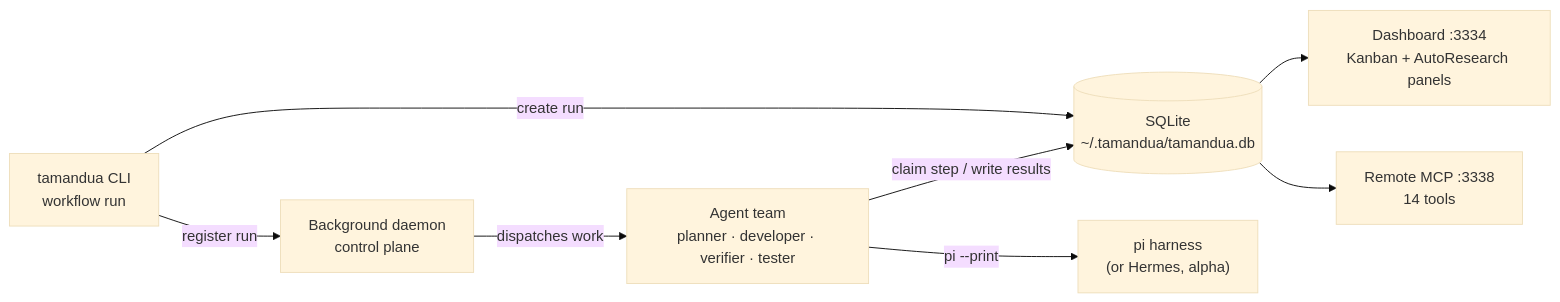
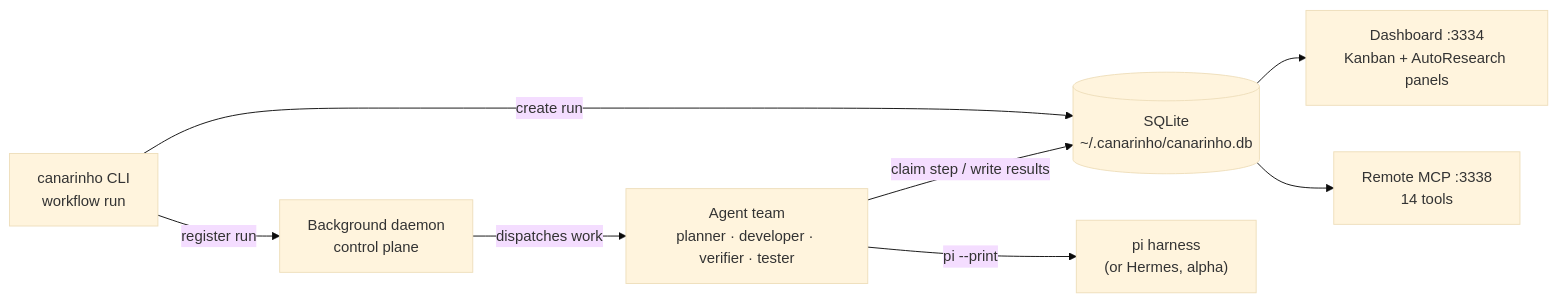
Before and after one commit to CanarinhoPistolaa/Canarinho-VibeCoder: the diagram in README.md, drawn with Mermaid (base theme). The commit also changed other lines of this file and 289 other files, not shown here.

First line of the commit message:
rename: tamandua -> canarinho + CI/assets/config (#2)

````diff
--- a/README.md
+++ b/README.md
@@ -259,10 +259,10 @@
 ```mermaid
 flowchart LR
-    CLI["tamandua CLI<br/>workflow run"] -->|create run| DB[("SQLite<br/>~/.tamandua/tamandua.db")]
+    CLI["canarinho CLI<br/>workflow run"] -->|create run| DB[("SQLite<br/>~/.canarinho/canarinho.db")]
     CLI -->|register run| Daemon["Background daemon<br/>control plane"]
     Daemon -->|dispatches work| Agents["Agent team<br/>planner · developer · verifier · tester"]
     Agents -->|"pi --print"| Harness["pi harness<br/>(or Hermes, alpha)"]
     Agents -->|claim step / write results| DB
     DB --> Dashboard["Dashboard :3334<br/>Kanban + AutoResearch panels"]
     DB --> MCP["Remote MCP :3338<br/>14 tools"]
 ```
````
